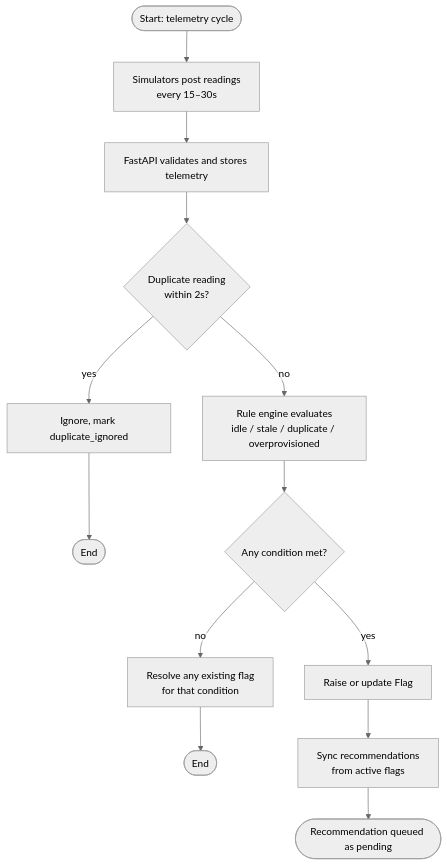
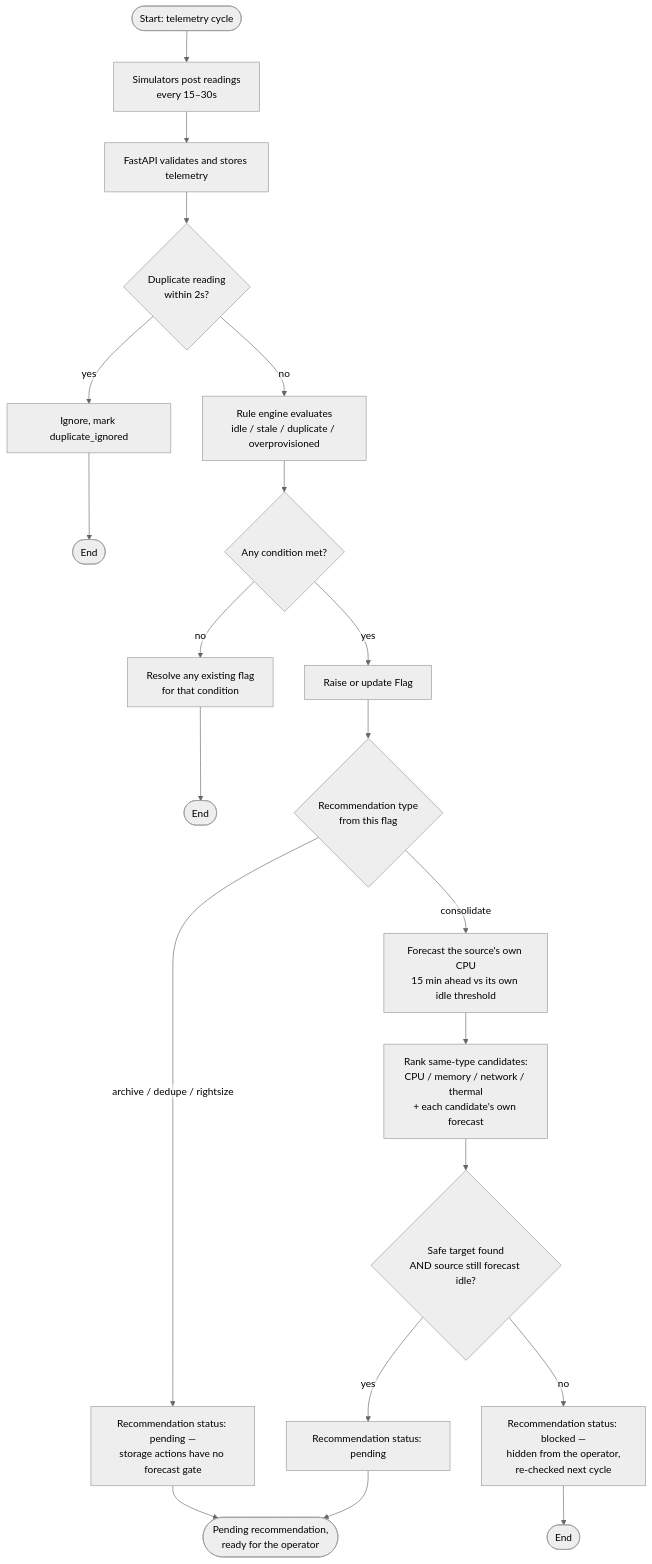
One commit to KARTHIKHA1011/Data-Center-Sustainability-Platform changed the diagram in docs/diagrams/activity-observe-analyze.mmd. Above: the diagram before and after it, drawn with Mermaid (neutral theme). The commit also changed 9 other files, not shown here.

First line of the commit message:
Rewrite README for current Phase 2 state, redesign activity diagrams, add login password toggle

```diff
--- a/docs/diagrams/activity-observe-analyze.mmd
+++ b/docs/diagrams/activity-observe-analyze.mmd
@@ -1,14 +1,22 @@
 %%{init: {"flowchart": {"htmlLabels": false}}}%%
 flowchart TD
     START(["Start: telemetry cycle"]) --> A["Simulators post readings<br/>every 15–30s"]
     A --> B["FastAPI validates and stores telemetry"]
     B --> C{"Duplicate reading<br/>within 2s?"}
     C -- yes --> IGNORE["Ignore, mark duplicate_ignored"]
     IGNORE --> END1(["End"])
     C -- no --> D["Rule engine evaluates<br/>idle / stale / duplicate / overprovisioned"]
     D --> E{"Any condition met?"}
     E -- no --> F["Resolve any existing flag<br/>for that condition"]
     F --> END2(["End"])
     E -- yes --> G["Raise or update Flag"]
-    G --> H["Sync recommendations<br/>from active flags"]
-    H --> HANDOFF(["Recommendation queued as pending"])
+    G --> H{"Recommendation type<br/>from this flag"}
+    H -- consolidate --> P1["Forecast the source's own CPU<br/>15 min ahead vs its own idle threshold"]
+    P1 --> P2["Rank same-type candidates:<br/>CPU / memory / network / thermal<br/>+ each candidate's own forecast"]
+    P2 --> P3{"Safe target found<br/>AND source still forecast idle?"}
+    P3 -- yes --> READY["Recommendation status: pending"]
+    P3 -- no --> BLOCKED["Recommendation status: blocked —<br/>hidden from the operator,<br/>re-checked next cycle"]
+    H -- "archive / dedupe / rightsize" --> READY2["Recommendation status: pending —<br/>storage actions have no forecast gate"]
+    READY --> HANDOFF(["Pending recommendation,<br/>ready for the operator"])
+    READY2 --> HANDOFF
+    BLOCKED --> END3(["End"])
```
